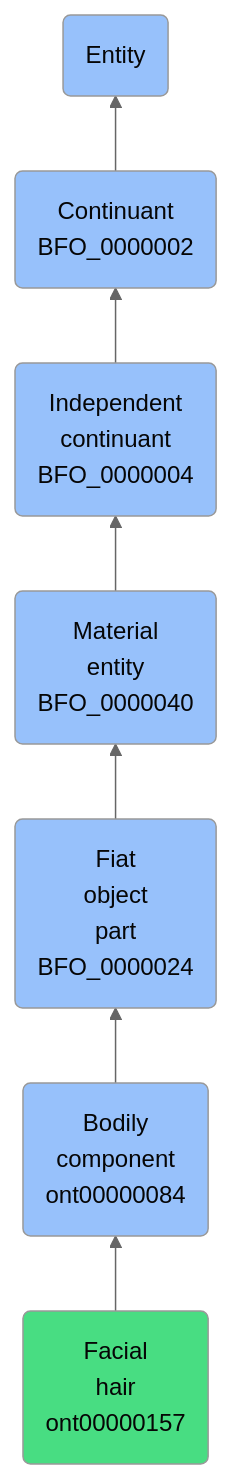
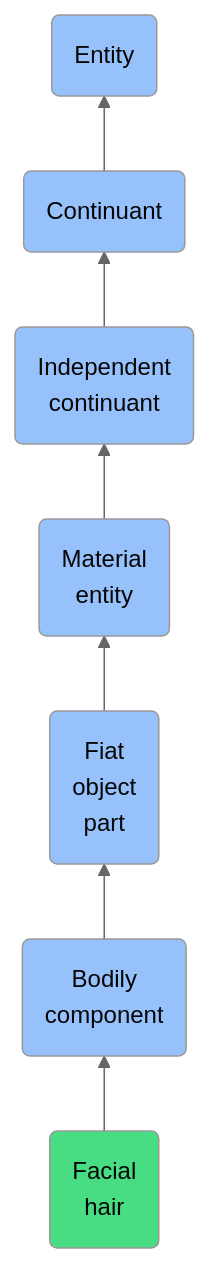
The diagram in docs/ontology/reference/model/Entity/Continuant/Independent continuant/Material entity/Fiat object part/Bodily component/Facial hair/Facial hair.md (jupyter-naas/abi), drawn with Mermaid (neutral theme) before and after one commit. The commit also changed other lines of this file and 1430 other files, not shown here.

````diff
--- a/docs/ontology/reference/model/Entity/Continuant/Independent continuant/Material entity/Fiat object part/Bodily component/Facial hair/Facial hair.md
+++ b/docs/ontology/reference/model/Entity/Continuant/Independent continuant/Material entity/Fiat object part/Bodily component/Facial hair/Facial hair.md
@@ -24,14 +24,14 @@
 ```mermaid
 graph BT
-    ont00000157(Facial<br>hair<br>ont00000157):::ABI-->ont00000084
-    ont00000084(Bodily<br>component<br>ont00000084):::BFO-->BFO_0000024
-    BFO_0000024(Fiat<br>object<br>part<br>BFO_0000024):::BFO-->BFO_0000040
-    BFO_0000040(Material<br>entity<br>BFO_0000040):::BFO-->BFO_0000004
-    BFO_0000004(Independent<br>continuant<br>BFO_0000004):::BFO-->BFO_0000002
-    BFO_0000002(Continuant<br>BFO_0000002):::BFO-->BFO_0000001
+    ont00000157(Facial<br>hair):::ABI-->ont00000084
+    ont00000084(Bodily<br>component):::BFO-->BFO_0000024
+    BFO_0000024(Fiat<br>object<br>part):::BFO-->BFO_0000040
+    BFO_0000040(Material<br>entity):::BFO-->BFO_0000004
+    BFO_0000004(Independent<br>continuant):::BFO-->BFO_0000002
+    BFO_0000002(Continuant):::BFO-->BFO_0000001
     BFO_0000001(Entity):::BFO
     
     classDef BFO fill:#97c1fb,color:#060606
     classDef CCO fill:#e4c51e,color:#060606
     classDef ABI fill:#48DD82,color:#060606
 ```
````
